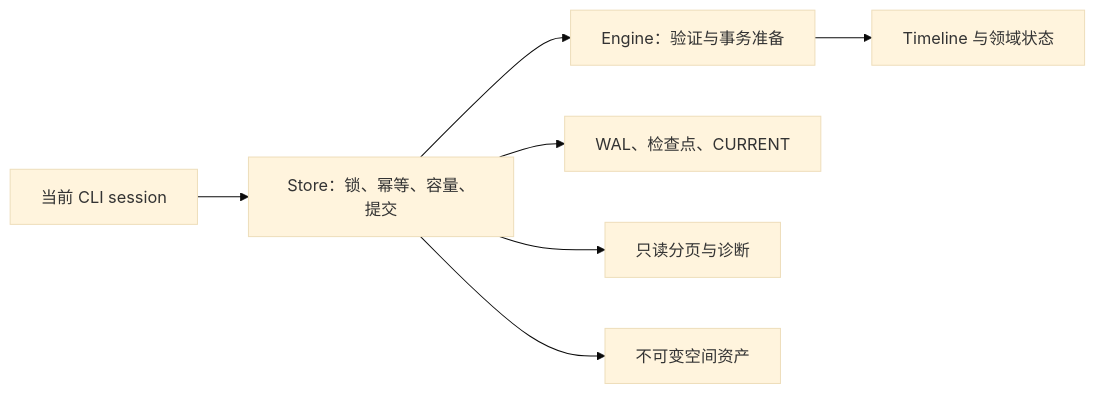
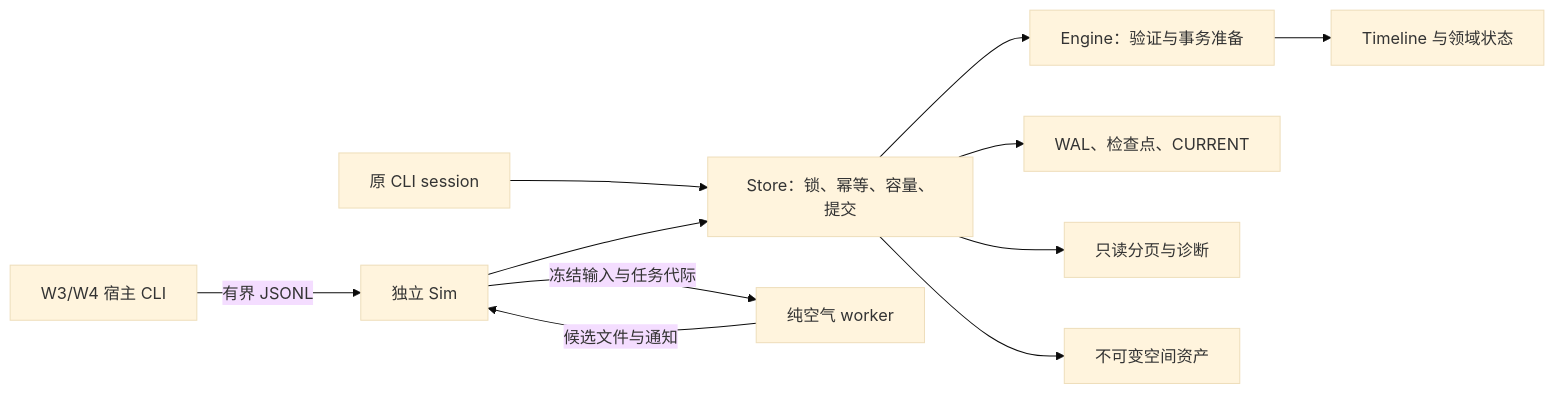
The first of 2 diagrams in docs/SOFTWARE_ARCHITECTURE.md (TekesApps/MyCity), drawn with Mermaid (base theme) before and after one commit. The commit also changed other lines of this file and 40 other files, not shown here.

````diff
--- a/docs/SOFTWARE_ARCHITECTURE.md
+++ b/docs/SOFTWARE_ARCHITECTURE.md
@@ -13,9 +13,13 @@
 ```mermaid
 flowchart LR
-    CLI[当前 CLI session] --> Store[Store：锁、幂等、容量、提交]
+    CLI[原 CLI session] --> Store[Store：锁、幂等、容量、提交]
+    Host[W3/W4 宿主 CLI] -->|有界 JSONL| Sim[独立 Sim]
+    Sim --> Store
+    Sim -->|冻结输入与任务代际| Worker[纯空气 worker]
+    Worker -->|候选文件与通知| Sim
     Store --> Engine[Engine：验证与事务准备]
     Engine --> Domains[Timeline 与领域状态]
     Store --> Disk[WAL、检查点、CURRENT]
     Store --> Query[只读分页与诊断]
     Store --> Map[不可变空间资产]
 ```
````
